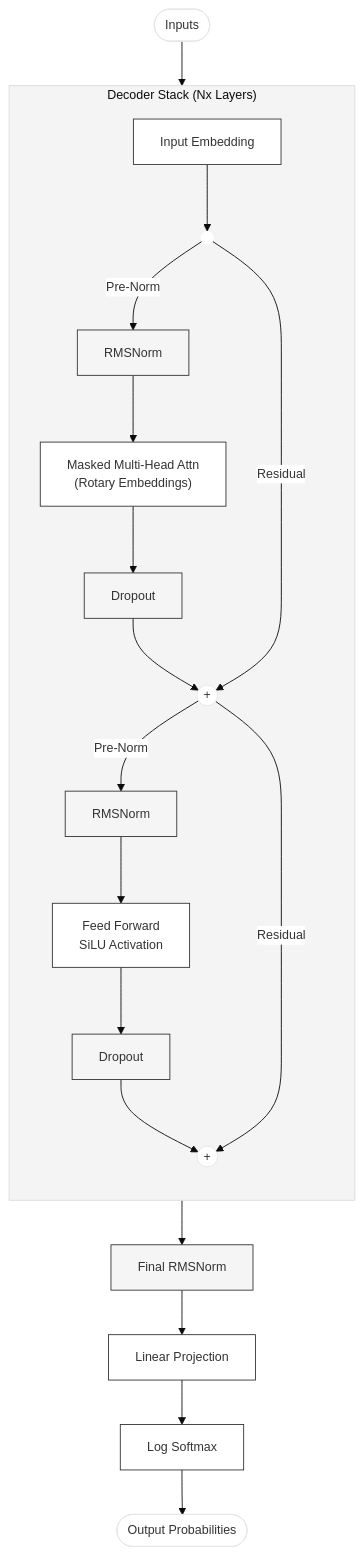
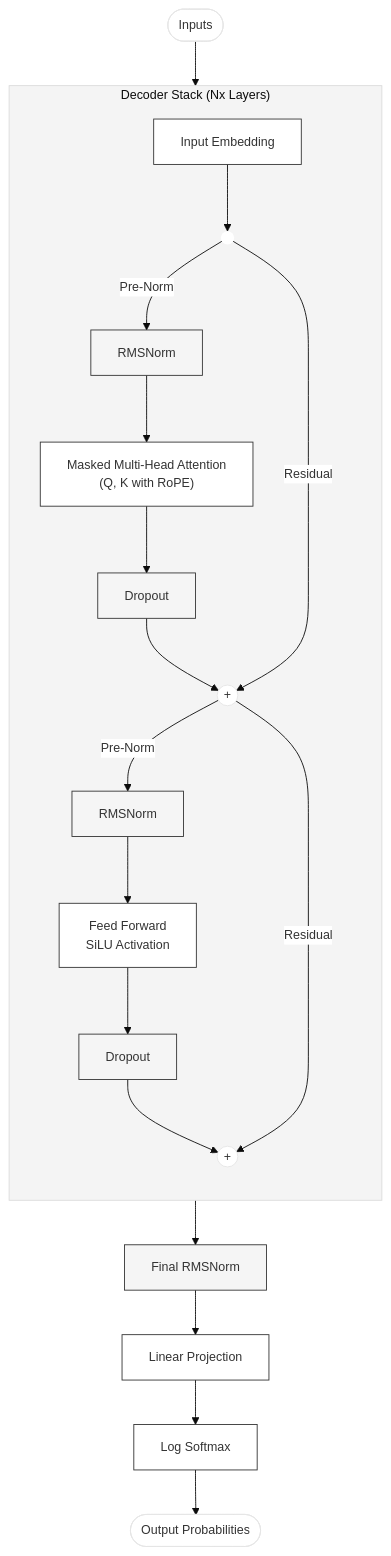
One commit to varun29-git/modified-transformer changed the diagram in README.md. Above: the diagram before and after it, drawn with Mermaid.

Commit message:
Update MHA description in README

````diff
--- a/README.md
+++ b/README.md
@@ -22,46 +22,46 @@
 ```mermaid
 %%{init: {'theme': 'base', 'themeVariables': { 'fontSize': '14px', 'fontFamily': 'arial', 'primaryColor': '#fff', 'edgeLabelBackground':'#fff', 'tertiaryColor': '#f4f4f4'}}}%%
 flowchart TD
     %% Nodes
     In([Inputs]) --> Emb[Input Embedding]
     
     subgraph Decoder ["Decoder Stack (Nx Layers)"]
         direction TB
         
         %% Block Input
         Emb --> BlockIn(( ))
         
         %% Sublayer 1: MHA
         BlockIn -->|Pre-Norm| Norm1[RMSNorm]
-        Norm1 --> MHA["Masked Multi-Head Attn<br/>(Rotary Embeddings)"]
+        Norm1 --> MHA["Masked Multi-Head Attention<br/>(Q, K with RoPE)"]
         MHA --> Drop1[Dropout]
         
         %% Residual 1
         Drop1 --> Add1((+))
         BlockIn -->|Residual| Add1
         
         %% Sublayer 2: FFN
         Add1 -->|Pre-Norm| Norm2[RMSNorm]
         Norm2 --> FFN["Feed Forward<br/>SiLU Activation"]
         FFN --> Drop2[Dropout]
         
         %% Residual 2
         Drop2 --> Add2((+))
         Add1 -->|Residual| Add2
     end
 
     %% Final Output
     Add2 --> FinalNorm[Final RMSNorm]
     FinalNorm --> Linear[Linear Projection]
     Linear --> Softmax[Log Softmax]
     Softmax --> Out([Output Probabilities])
 
     %% Styling to mimic paper blocks
     classDef box fill:#fff,stroke:#333,stroke-width:1px;
     classDef gray fill:#f5f5f5,stroke:#333,stroke-width:1px;
     classDef circle width:0px,height:0px,stroke-width:0px;
     
     class Emb,MHA,FFN,Linear,Softmax box;
     class Norm1,Norm2,FinalNorm,Drop1,Drop2 gray;
     class BlockIn circle;
 ```
````
